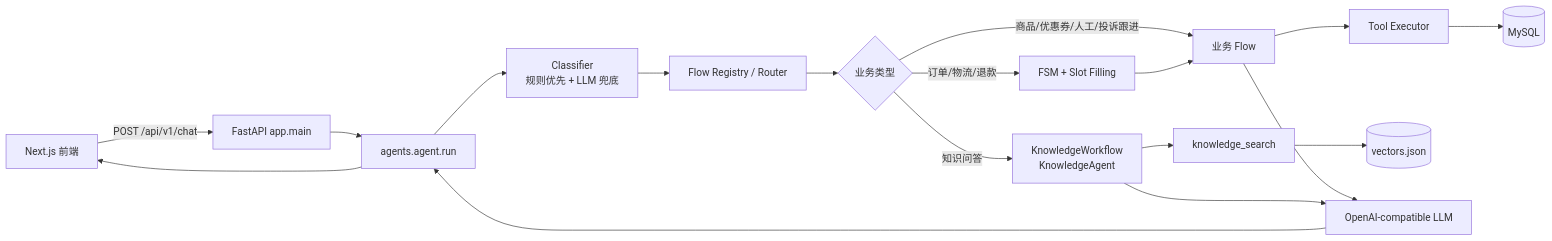
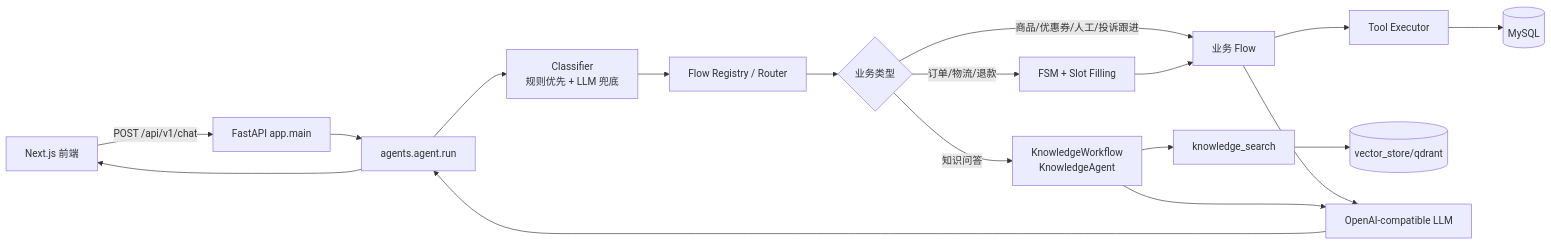
Before and after one commit to chlniubi23/ecommerce-ai-customer-service-agent: the first of 2 diagrams in 项目开发文档.md, drawn with Mermaid. The commit also changed other lines of this file and 4 other files, not shown here.

````diff
--- a/项目开发文档.md
+++ b/项目开发文档.md
@@ -151,20 +151,20 @@
 ```mermaid
 flowchart LR
     F[Next.js 前端] -->|POST /api/v1/chat| A[FastAPI app.main]
     A --> C[agents.agent.run]
     C --> I[Classifier\n规则优先 + LLM 兜底]
     I --> R[Flow Registry / Router]
     R --> S{业务类型}
     S -->|订单/物流/退款| FSM[FSM + Slot Filling]
     S -->|商品/优惠券/人工/投诉跟进| T[业务 Flow]
     S -->|知识问答| K[KnowledgeWorkflow\nKnowledgeAgent]
     FSM --> T
     T --> X[Tool Executor]
     X --> DB[(MySQL)]
     K --> KS[knowledge_search]
-    KS --> VS[(vectors.json)]
+    KS --> VS[(vector_store/qdrant)]
     T --> L[OpenAI-compatible LLM]
     K --> L
     L --> C
     C --> F
 ```
````
